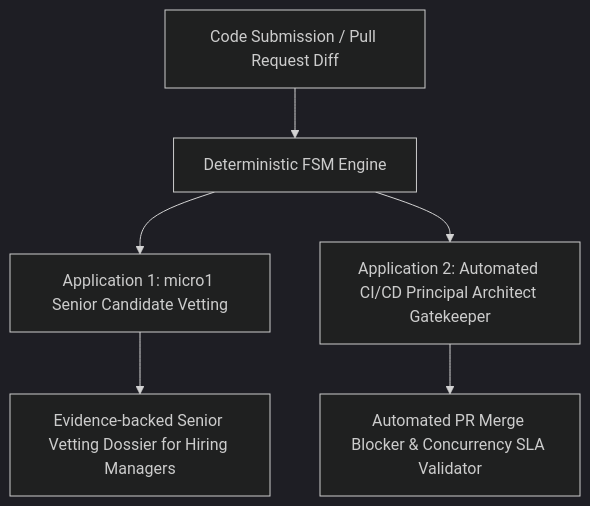
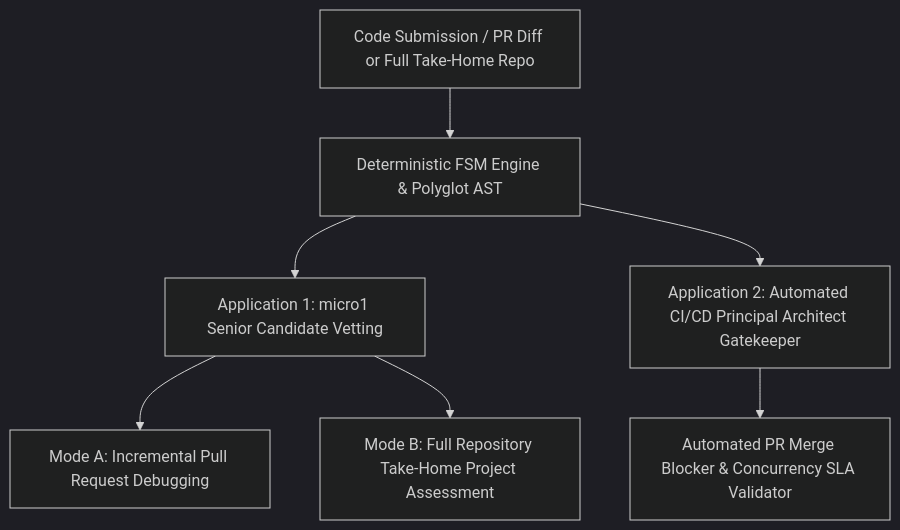
One commit to FFernandes4280/Frontier-Engineering-Challenge-2026 changed the first of 2 diagrams in README.md. Above: the diagram before and after it, drawn with Mermaid (dark theme). The commit also changed other lines of this file and 8 other files, not shown here.

Commit message:
feat: add full repository Take-Home project evaluator mode and polyglot codebase ingestion

````diff
--- a/README.md
+++ b/README.md
@@ -34,8 +34,9 @@
 ```mermaid
 graph TD
-    A[Code Submission / Pull Request Diff] --> B[Deterministic FSM Engine]
+    A[Code Submission / PR Diff or Full Take-Home Repo] --> B[Deterministic FSM Engine & Polyglot AST]
     B --> C1[Application 1: micro1 Senior Candidate Vetting]
     B --> C2[Application 2: Automated CI/CD Principal Architect Gatekeeper]
-    C1 --> D1[Evidence-backed Senior Vetting Dossier for Hiring Managers]
-    C2 --> D2[Automated PR Merge Blocker & Concurrency SLA Validator]
+    C1 --> D1[Mode A: Incremental Pull Request Debugging]
+    C1 --> D2[Mode B: Full Repository Take-Home Project Assessment]
+    C2 --> D3[Automated PR Merge Blocker & Concurrency SLA Validator]
 ```
````
